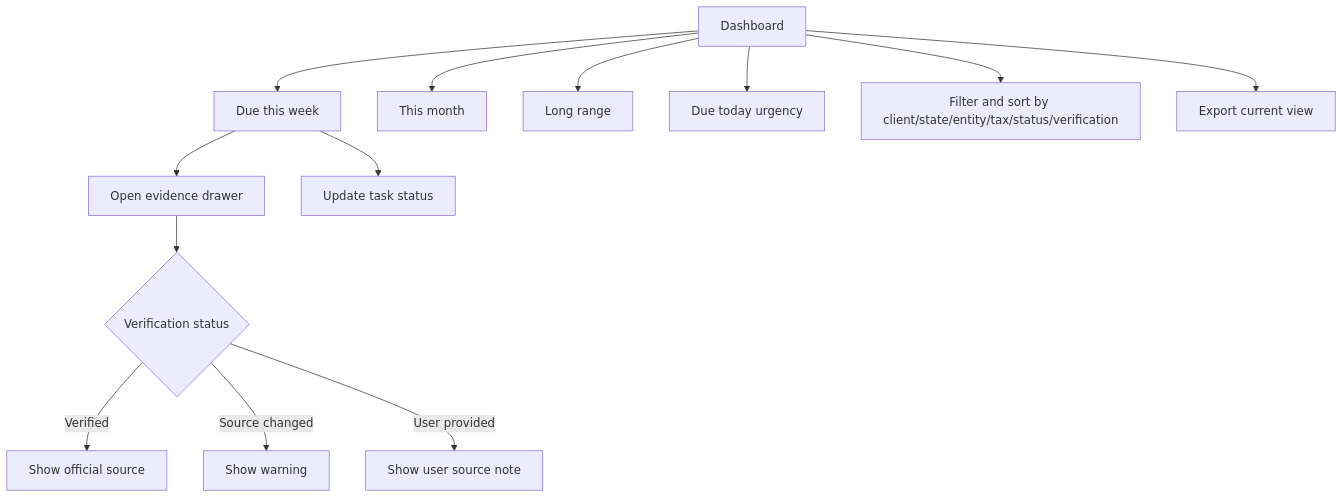
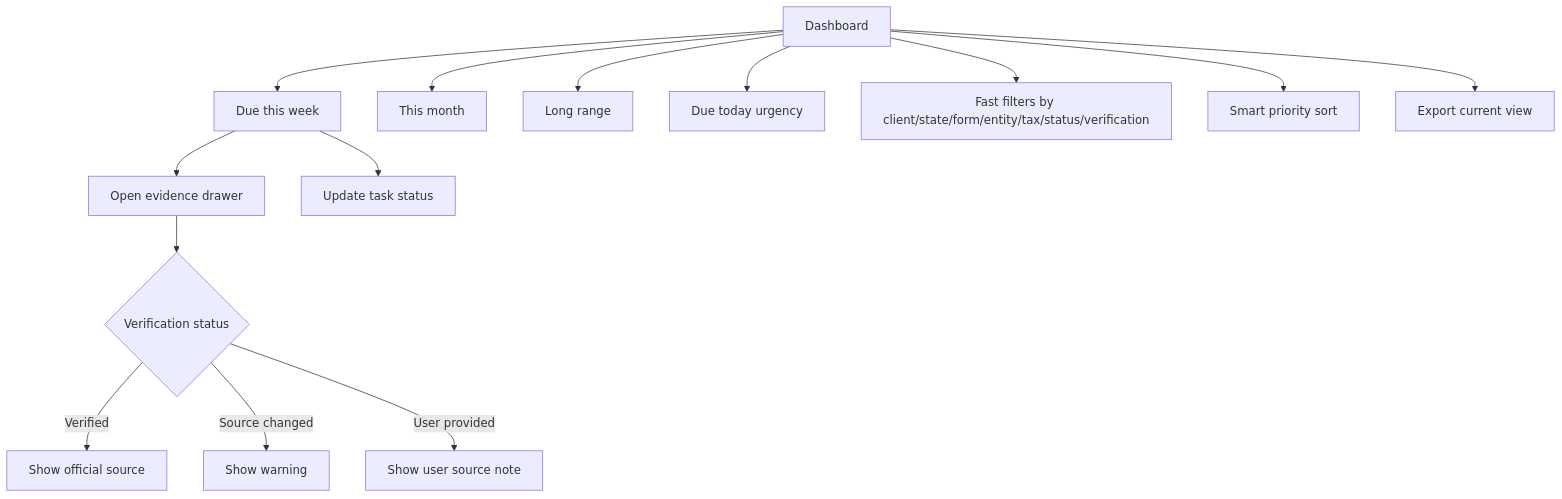
Before and after one commit to Yessenia-d/DueDateHQ: the diagram in specs/monday-triage-dashboard.md, drawn with Mermaid. The commit also changed other lines of this file and 11 other files, not shown here.

````diff
--- a/specs/monday-triage-dashboard.md
+++ b/specs/monday-triage-dashboard.md
@@ -19,15 +20,16 @@
 ```mermaid
 flowchart TD
   A[Dashboard] --> B[Due this week]
   A --> C[This month]
   A --> D[Long range]
   A --> L[Due today urgency]
   B --> E[Open evidence drawer]
   B --> F[Update task status]
-  A --> G[Filter and sort by client/state/entity/tax/status/verification]
+  A --> G[Fast filters by client/state/form/entity/tax/status/verification]
+  A --> N[Smart priority sort]
   E --> H{Verification status}
   H -- Verified --> I[Show official source]
   H -- Source changed --> J[Show warning]
   H -- User provided --> K[Show user source note]
   A --> M[Export current view]
 ```
````
